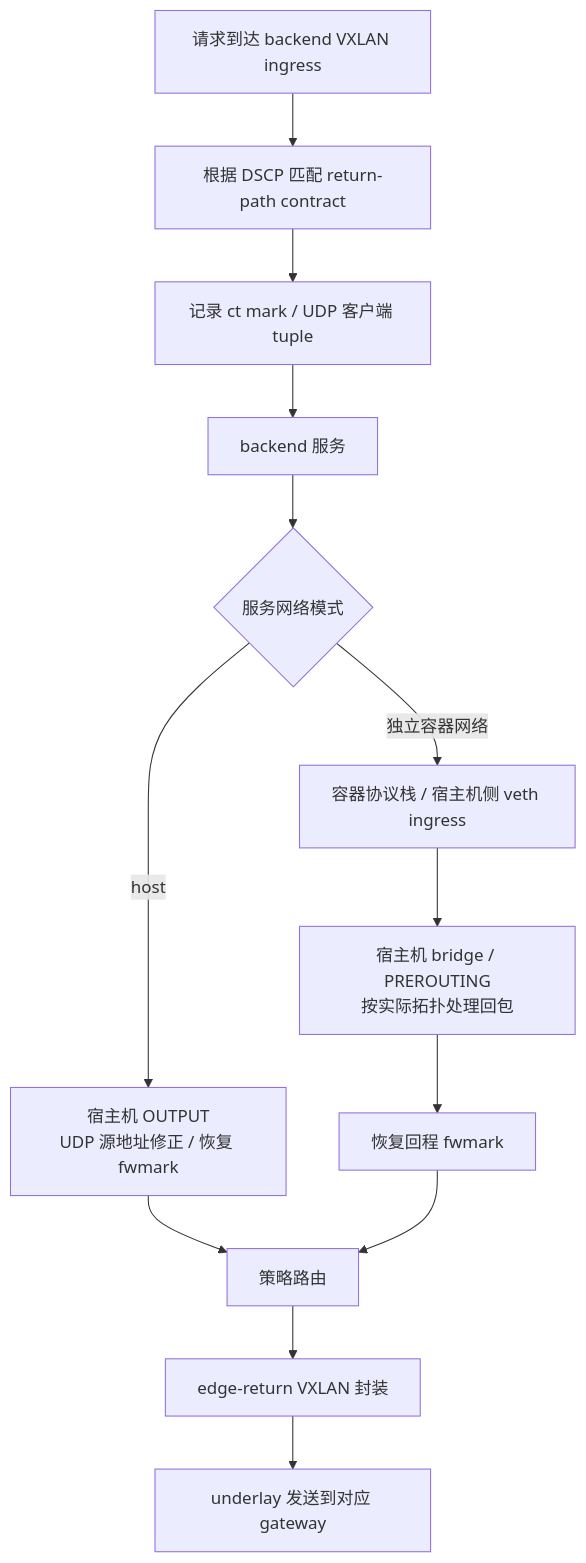
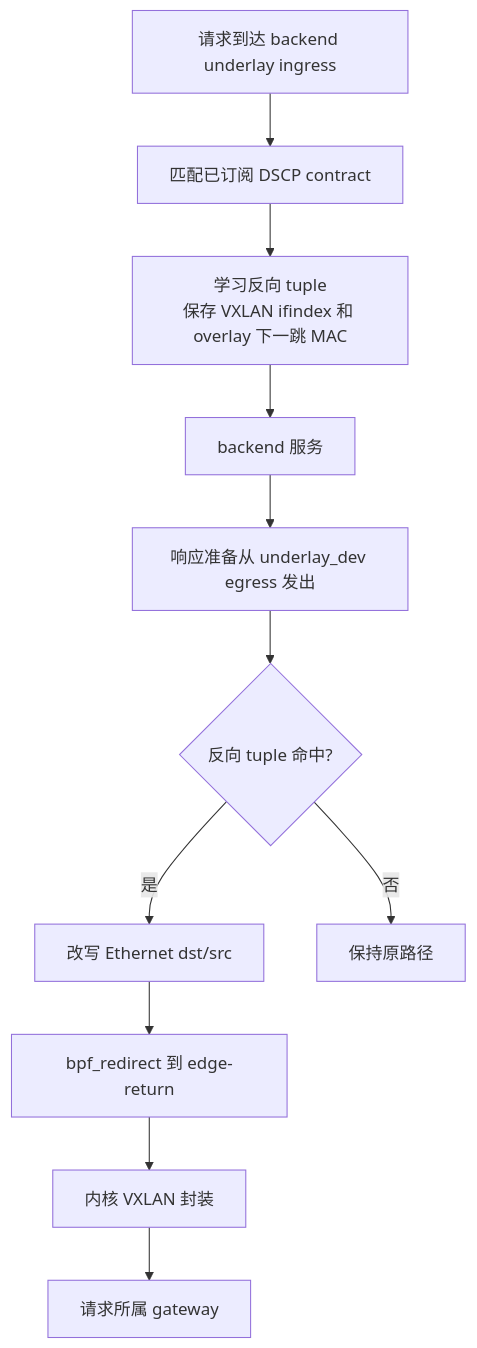
The first of 3 diagrams in docs/backend-return-path-optimization-plan.md (octays/edge-lb), drawn with Mermaid before and after one commit. The commit also changed other lines of this file and 24 other files, not shown here.

````diff
--- a/docs/backend-return-path-optimization-plan.md
+++ b/docs/backend-return-path-optimization-plan.md
@@ -56,15 +68,13 @@
 ```mermaid
 flowchart TD
-    IN[请求到达 backend VXLAN ingress] --> DSCP[根据 DSCP 匹配 return-path contract]
-    DSCP --> STATE[记录 ct mark / UDP 客户端 tuple]
-    STATE --> APP[backend 服务]
-    APP --> MODE{服务网络模式}
-    MODE -->|host| OUTPUT[宿主机 OUTPUT<br/>UDP 源地址修正 / 恢复 fwmark]
-    MODE -->|独立容器网络| VETH[容器协议栈 / 宿主机侧 veth ingress]
-    VETH --> PRE[宿主机 bridge / PREROUTING<br/>按实际拓扑处理回包]
-    PRE --> MARK[恢复回程 fwmark]
-    OUTPUT --> ROUTE[策略路由]
-    MARK --> ROUTE
-    ROUTE --> VX[edge-return VXLAN 封装]
-    VX --> NIC[underlay 发送到对应 gateway]
+    REQ[请求到达 backend underlay ingress] --> DSCP[匹配已订阅 DSCP contract]
+    DSCP --> LEARN[学习反向 tuple<br/>保存 VXLAN ifindex 和 overlay 下一跳 MAC]
+    LEARN --> APP[backend 服务]
+    APP --> OUT[响应准备从 underlay_dev egress 发出]
+    OUT --> HIT{反向 tuple 命中?}
+    HIT -->|是| L2[改写 Ethernet dst/src]
+    L2 --> REDIRECT[bpf_redirect 到 edge-return]
+    REDIRECT --> VX[内核 VXLAN 封装]
+    VX --> GW[请求所属 gateway]
+    HIT -->|否| PIPE[保持原路径]
 ```
````
